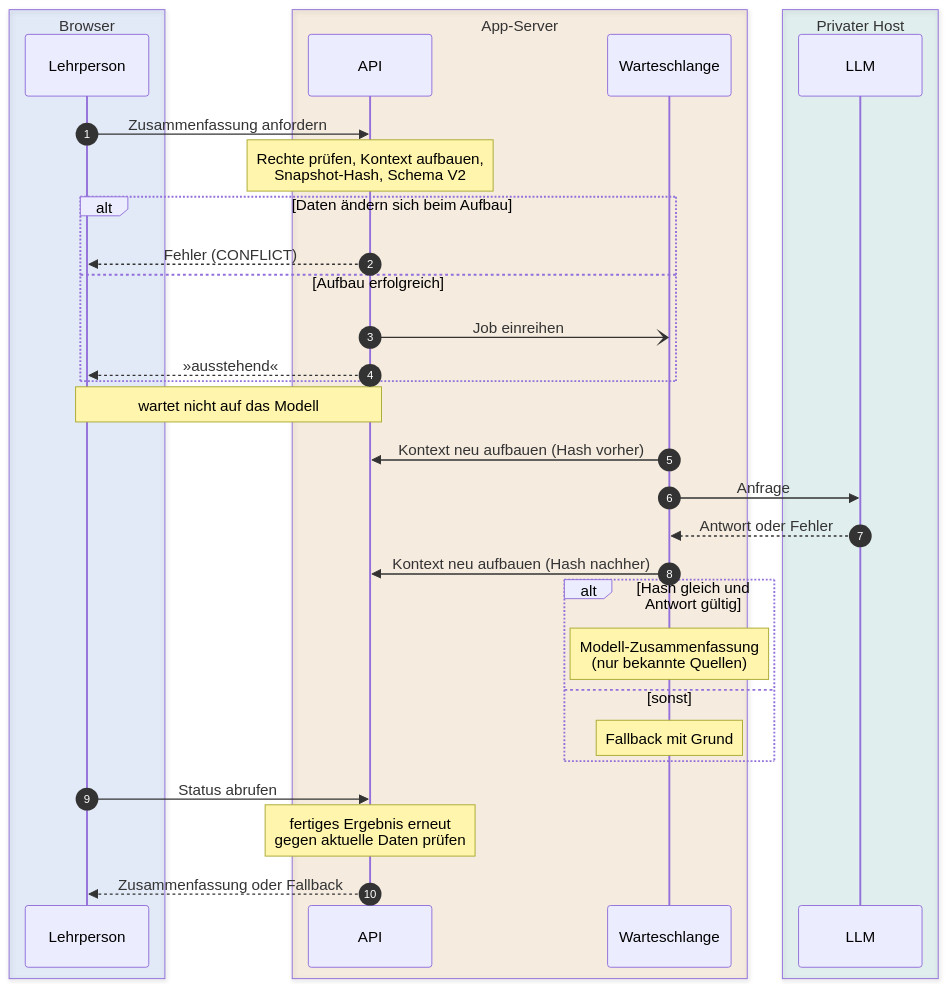
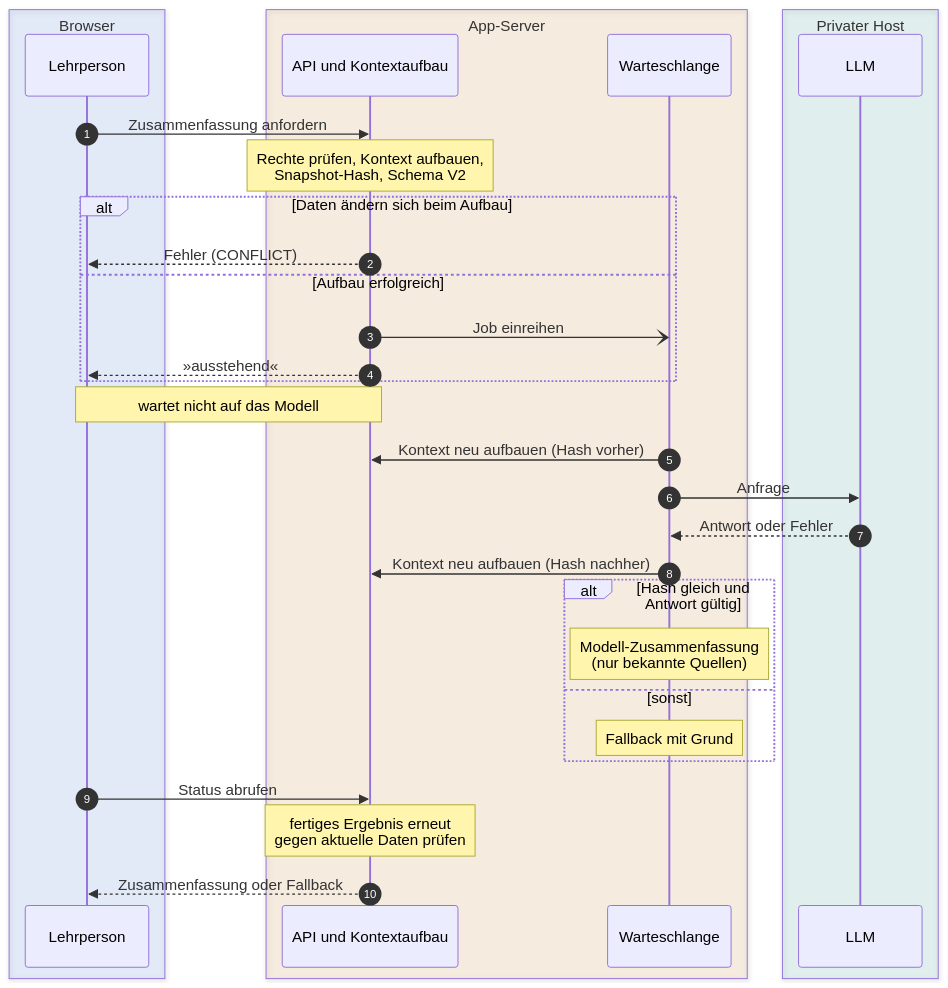
Before and after one commit to NiklasSkulll/arsnova.eu: the diagram in docs/referat-thema-1/diagrams/1c-context-path-overview-sequence.mmd, drawn with Mermaid. The commit also changed 14 other files, not shown here.

Commit message:
docs(referat): correct 1C diagram details and stale workflow statements after second review

```diff
--- a/docs/referat-thema-1/diagrams/1c-context-path-overview-sequence.mmd
+++ b/docs/referat-thema-1/diagrams/1c-context-path-overview-sequence.mmd
@@ -1,47 +1,47 @@
 ---
 config:
   sequence:
     actorMargin: 24
     boxMargin: 6
     messageMargin: 28
     width: 130
     actorFontSize: 19
     messageFontSize: 19
     noteFontSize: 18
 ---
 sequenceDiagram
   autonumber
   box rgba(37, 99, 235, 0.10) Browser
     participant T as Lehrperson
   end
   box rgba(217, 119, 6, 0.10) App-Server
-    participant A as API
+    participant A as API und Kontextaufbau
     participant Q as Warteschlange
   end
   box rgba(13, 148, 136, 0.10) Privater Host
     participant L as LLM
   end
 
   T->>A: Zusammenfassung anfordern
   Note over A: Rechte prüfen, Kontext aufbauen,<br/>Snapshot-Hash, Schema V2
   alt Daten ändern sich beim Aufbau
     A-->>T: Fehler (CONFLICT)
   else Aufbau erfolgreich
     A-)Q: Job einreihen
     A-->>T: »ausstehend«
   end
   Note over T,A: wartet nicht auf das Modell
 
   Q->>A: Kontext neu aufbauen (Hash vorher)
   Q->>L: Anfrage
   L-->>Q: Antwort oder Fehler
   Q->>A: Kontext neu aufbauen (Hash nachher)
   alt Hash gleich und Antwort gültig
     Note over Q: Modell-Zusammenfassung<br/>(nur bekannte Quellen)
   else sonst
     Note over Q: Fallback mit Grund
   end
 
   T->>A: Status abrufen
   Note over A: fertiges Ergebnis erneut<br/>gegen aktuelle Daten prüfen
   A-->>T: Zusammenfassung oder Fallback
```
